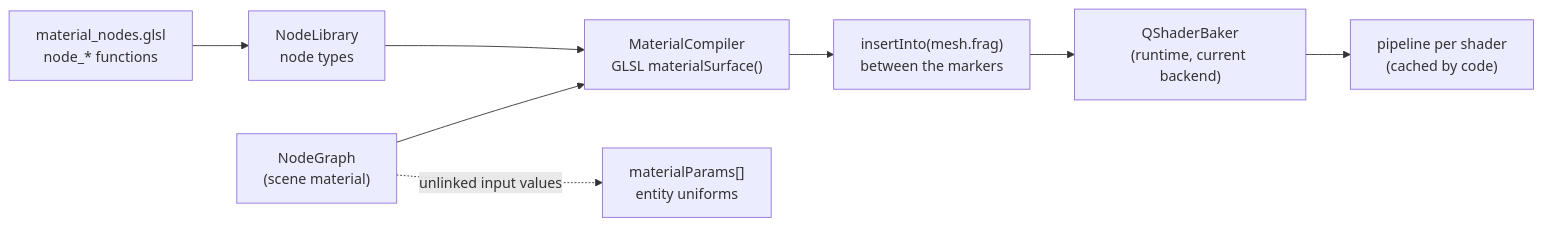
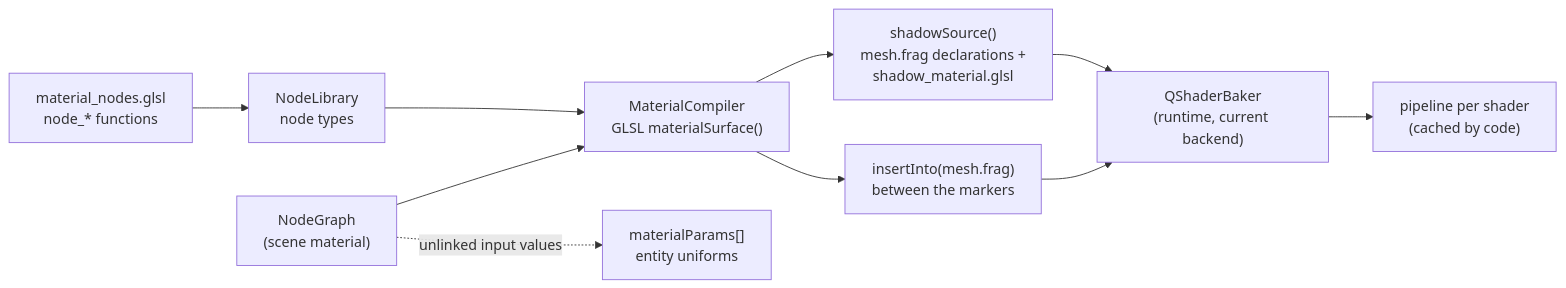
One commit to Dnurr/Lune changed the diagram in docs/materials.md. Above: the diagram before and after it, drawn with Mermaid. The commit also changed other lines of this file and 29 other files, not shown here.

````diff
--- a/docs/materials.md
+++ b/docs/materials.md
@@ -71,10 +88,12 @@
 ```mermaid
 flowchart LR
     G["NodeGraph<br/>(scene material)"] --> C["MaterialCompiler<br/>GLSL materialSurface()"]
     L["material_nodes.glsl<br/>node_* functions"] --> N["NodeLibrary<br/>node types"]
     N --> C
     C --> I["insertInto(mesh.frag)<br/>between the markers"]
     I --> B["QShaderBaker<br/>(runtime, current backend)"]
     B --> P["pipeline per shader<br/>(cached by code)"]
+    C --> S["shadowSource()<br/>mesh.frag declarations +<br/>shadow_material.glsl"]
+    S --> B
     G -. "unlinked input values" .-> U["materialParams[]<br/>entity uniforms"]
 ```
````
